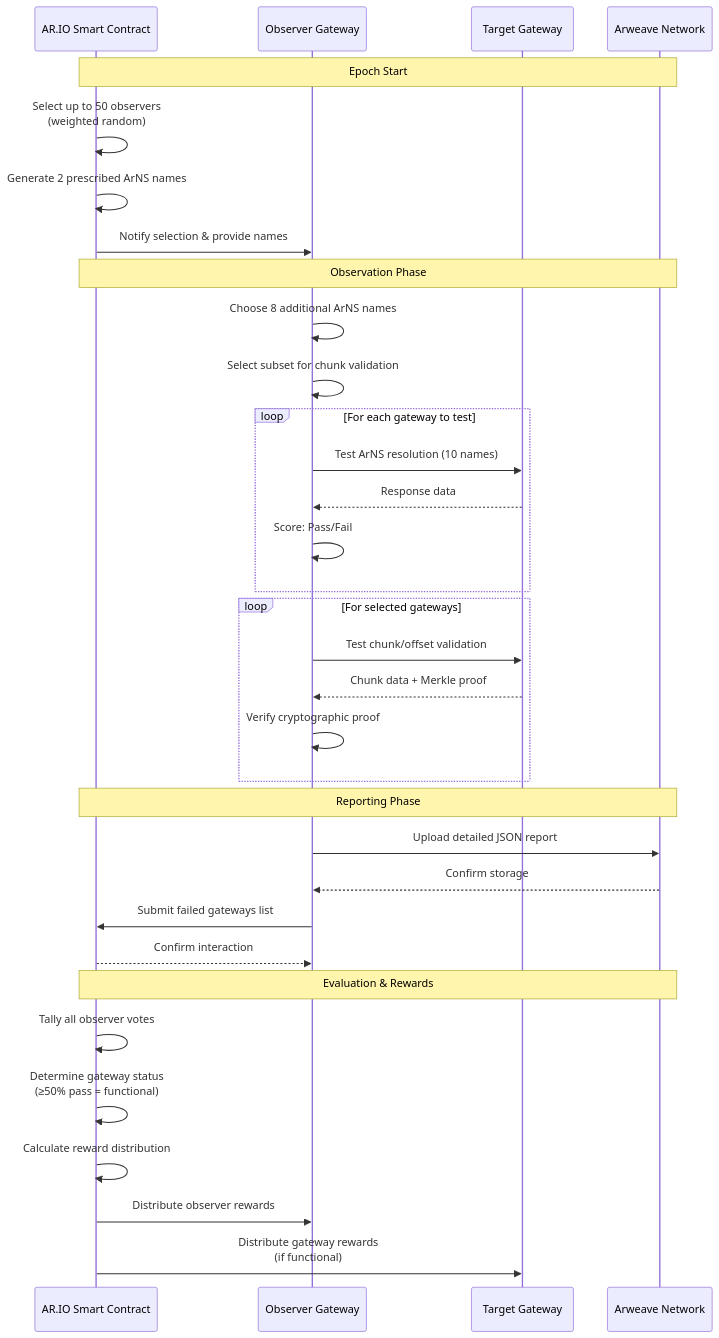
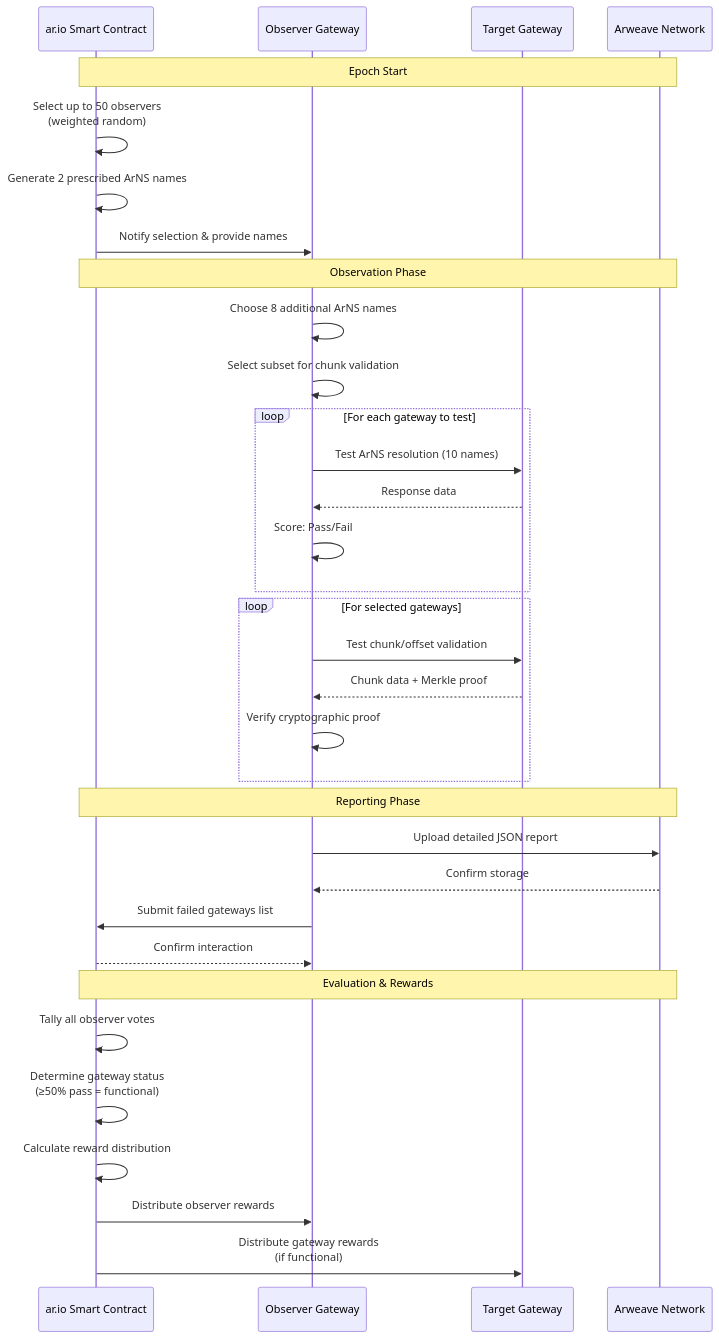
One commit to ar-io/docs changed the diagram in content/learn/oip/index.mdx. Above: the diagram before and after it, drawn with Mermaid. The commit also changed other lines of this file and 107 other files, not shown here.

````diff
--- a/content/learn/oip/index.mdx
+++ b/content/learn/oip/index.mdx
@@ -19,39 +19,39 @@
 ```mermaid
 sequenceDiagram
-    participant SC as AR.IO Smart Contract
+    participant SC as ar.io Smart Contract
     participant OBS as Observer Gateway
     participant GW as Target Gateway
     participant AR as Arweave Network
 
     Note over SC,AR: Epoch Start
     SC->>SC: Select up to 50 observers<br/>(weighted random)
     SC->>SC: Generate 2 prescribed ArNS names
     SC->>OBS: Notify selection & provide names
 
     Note over SC,AR: Observation Phase
     OBS->>OBS: Choose 8 additional ArNS names
     OBS->>OBS: Select subset for chunk validation
     loop For each gateway to test
         OBS->>GW: Test ArNS resolution (10 names)
         GW-->>OBS: Response data
         OBS->>OBS: Score: Pass/Fail
     end
     loop For selected gateways
         OBS->>GW: Test chunk/offset validation
         GW-->>OBS: Chunk data + Merkle proof
         OBS->>OBS: Verify cryptographic proof
     end
 
     Note over SC,AR: Reporting Phase
     OBS->>AR: Upload detailed JSON report
     AR-->>OBS: Confirm storage
     OBS->>SC: Submit failed gateways list
     SC-->>OBS: Confirm interaction
 
     Note over SC,AR: Evaluation & Rewards
     SC->>SC: Tally all observer votes
     SC->>SC: Determine gateway status<br/>(≥50% pass = functional)
     SC->>SC: Calculate reward distribution
     SC->>OBS: Distribute observer rewards
     SC->>GW: Distribute gateway rewards<br/>(if functional)
 ```
````
